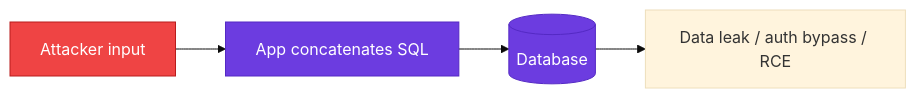
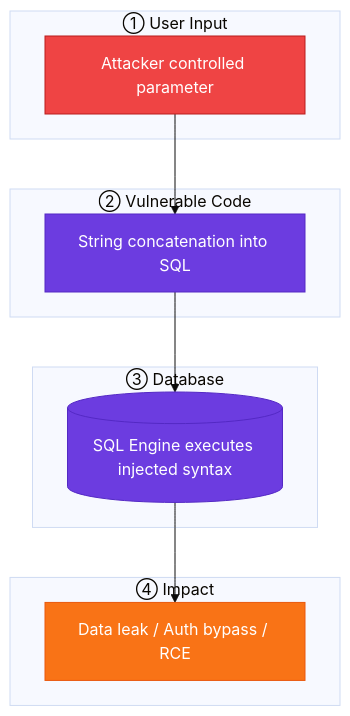
One commit to mamadbypass/security-reference changed the first of 2 diagrams in docs/web/sqli/index.md. Above: the diagram before and after it, drawn with Mermaid (base theme). The commit also changed other lines of this file and 108 other files, not shown here.

First line of the commit message:
Add complete 5-phase methodology and enhanced diagrams for all topics

````diff
--- a/docs/web/sqli/index.md
+++ b/docs/web/sqli/index.md
@@ -9,11 +13,25 @@
 ```mermaid
-flowchart LR
-    U[Attacker input] --> APP[App concatenates SQL]
-    APP --> DB[(Database)]
-    DB --> OUT[Data leak / auth bypass / RCE]
-    classDef attacker fill:#ef4444,stroke:#b91c1c,color:#fff
-    classDef target fill:#6c3ce0,stroke:#5429c4,color:#fff
+flowchart TD
+    subgraph Input["① User Input"]
+        U[Attacker controlled parameter]
+    end
+    subgraph Vuln["② Vulnerable Code"]
+        APP[String concatenation into SQL]
+    end
+    subgraph DBLayer["③ Database"]
+        DB[(SQL Engine executes injected syntax)]
+    end
+    subgraph Impact["④ Impact"]
+        OUT[Data leak / Auth bypass / RCE]
+    end
+    U --> APP --> DB --> OUT
     class U attacker
     class APP,DB target
-    class OUT data
+    class OUT warn
+classDef attacker fill:#ef4444,stroke:#b91c1c,color:#fff
+classDef target fill:#6c3ce0,stroke:#5429c4,color:#fff
+classDef tool fill:#f59e0b,stroke:#d97706,color:#1a1a1a
+classDef success fill:#10b981,stroke:#059669,color:#fff
+classDef warn fill:#f97316,stroke:#ea580c,color:#fff
+
 ```
````
